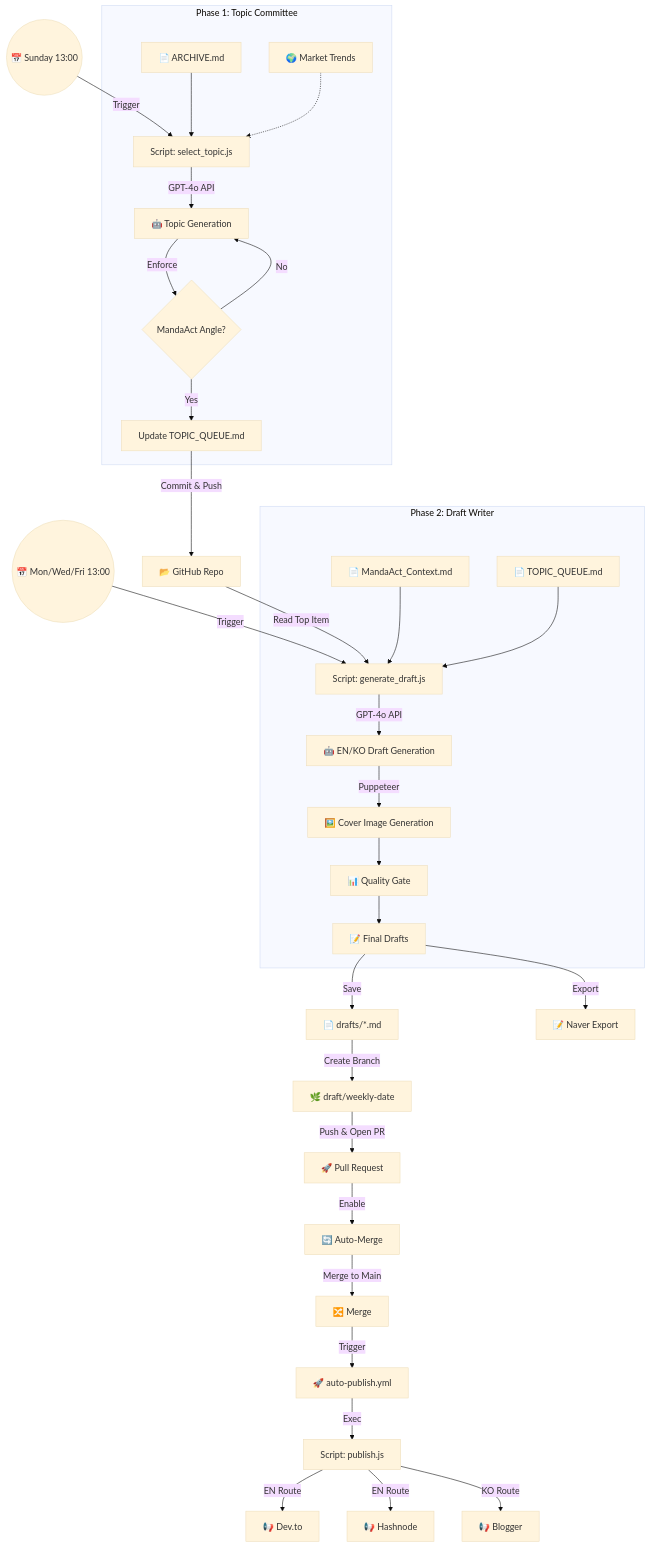
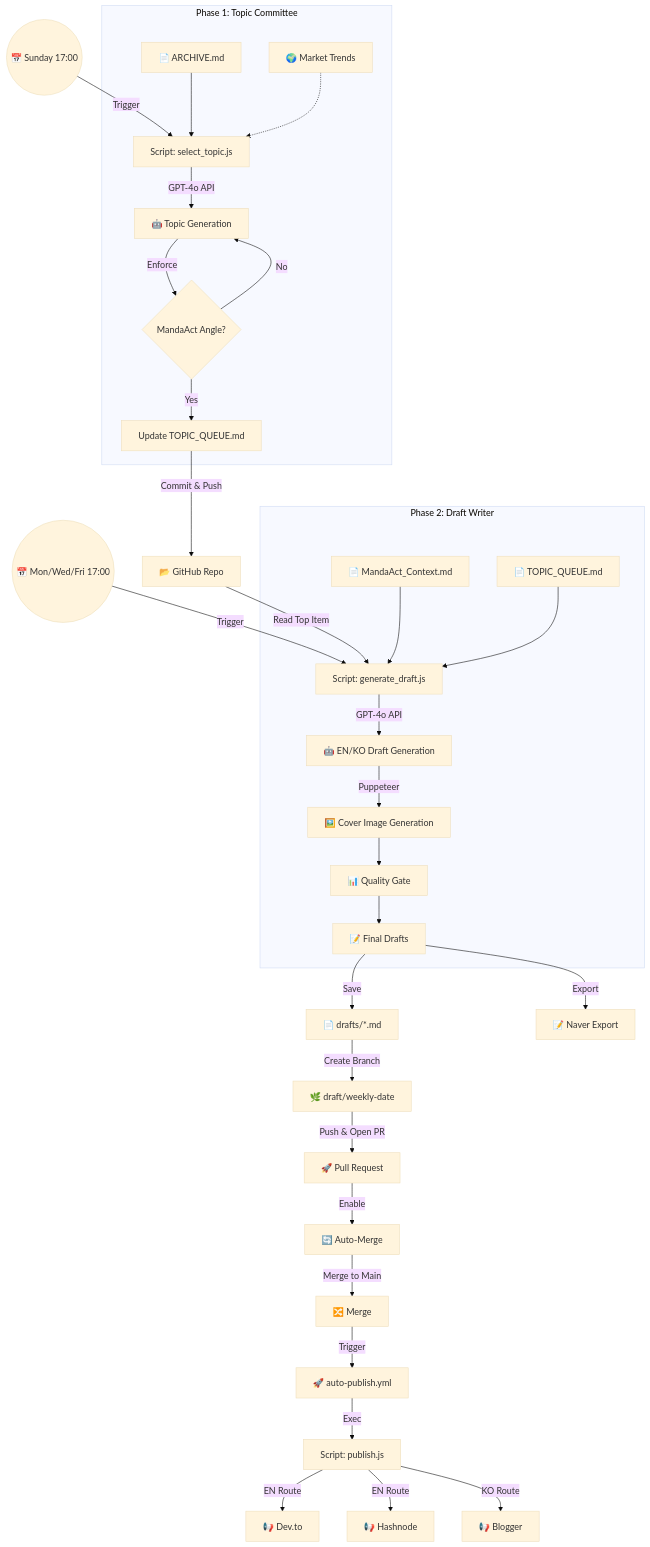
Before and after one commit to hevi35-coder/content-publisher: the diagram in AUTOMATION_FLOW.md, drawn with Mermaid (base theme). The commit also changed 6 other files, not shown here.

````diff
--- a/AUTOMATION_FLOW.md
+++ b/AUTOMATION_FLOW.md
@@ -5,47 +5,47 @@
 ```mermaid
 graph TD
     %% Schedules (KST)
-    Sunday((📅 Sunday 13:00)) -->|Trigger| TopicCommittee
-    MWF((📅 Mon/Wed/Fri 13:00)) -->|Trigger| DraftWriter
+    Sunday((📅 Sunday 17:00)) -->|Trigger| TopicCommittee
+    MWF((📅 Mon/Wed/Fri 17:00)) -->|Trigger| DraftWriter
 
     %% Phase 1: Topic Selection
     subgraph "Phase 1: Topic Committee"
         TopicCommittee[Script: select_topic.js]
         Archive[📄 ARCHIVE.md] --> TopicCommittee
         Trends[🌍 Market Trends] -.-> TopicCommittee
         TopicCommittee -->|GPT-4o API| AI_Topic[🤖 Topic Generation]
         AI_Topic -->|Enforce| MandaActAngle{MandaAct Angle?}
         MandaActAngle -- Yes --> QueueUpd[Update TOPIC_QUEUE.md]
         MandaActAngle -- No --> AI_Topic
     end
 
     %% Connection
     QueueUpd -->|Commit & Push| Repo[📂 GitHub Repo]
     Repo -->|Read Top Item| DraftWriter
 
     %% Phase 2: Draft Generation
     subgraph "Phase 2: Draft Writer"
         DraftWriter[Script: generate_draft.js]
         Context[📄 MandaAct_Context.md] --> DraftWriter
         Queue[📄 TOPIC_QUEUE.md] --> DraftWriter
         DraftWriter -->|GPT-4o API| AI_Draft[🤖 EN/KO Draft Generation]
         AI_Draft -->|Puppeteer| CoverGen[🖼️ Cover Image Generation]
         CoverGen --> QualityGate[📊 Quality Gate]
         QualityGate --> FinalDraft[📝 Final Drafts]
     end
 
     %% Phase 3: Delivery + Auto-Merge
     FinalDraft -->|Save| DraftFile[📄 drafts/*.md]
     DraftFile -->|Create Branch| Branch[🌿 draft/weekly-date]
     Branch -->|Push & Open PR| PR[🚀 Pull Request]
     PR -->|Enable| AutoMerge[🔄 Auto-Merge]
 
     %% Phase 4: Publish
     AutoMerge -->|Merge to Main| Merge[🔀 Merge]
     Merge -->|Trigger| AutoPublish[🚀 auto-publish.yml]
     AutoPublish -->|Exec| PublishScript[Script: publish.js]
     PublishScript -->|EN Route| DevTo[📢 Dev.to]
     PublishScript -->|EN Route| Hashnode[📢 Hashnode]
     PublishScript -->|KO Route| Blogger[📢 Blogger]
     FinalDraft -->|Export| Naver[📝 Naver Export]
 ```
````
